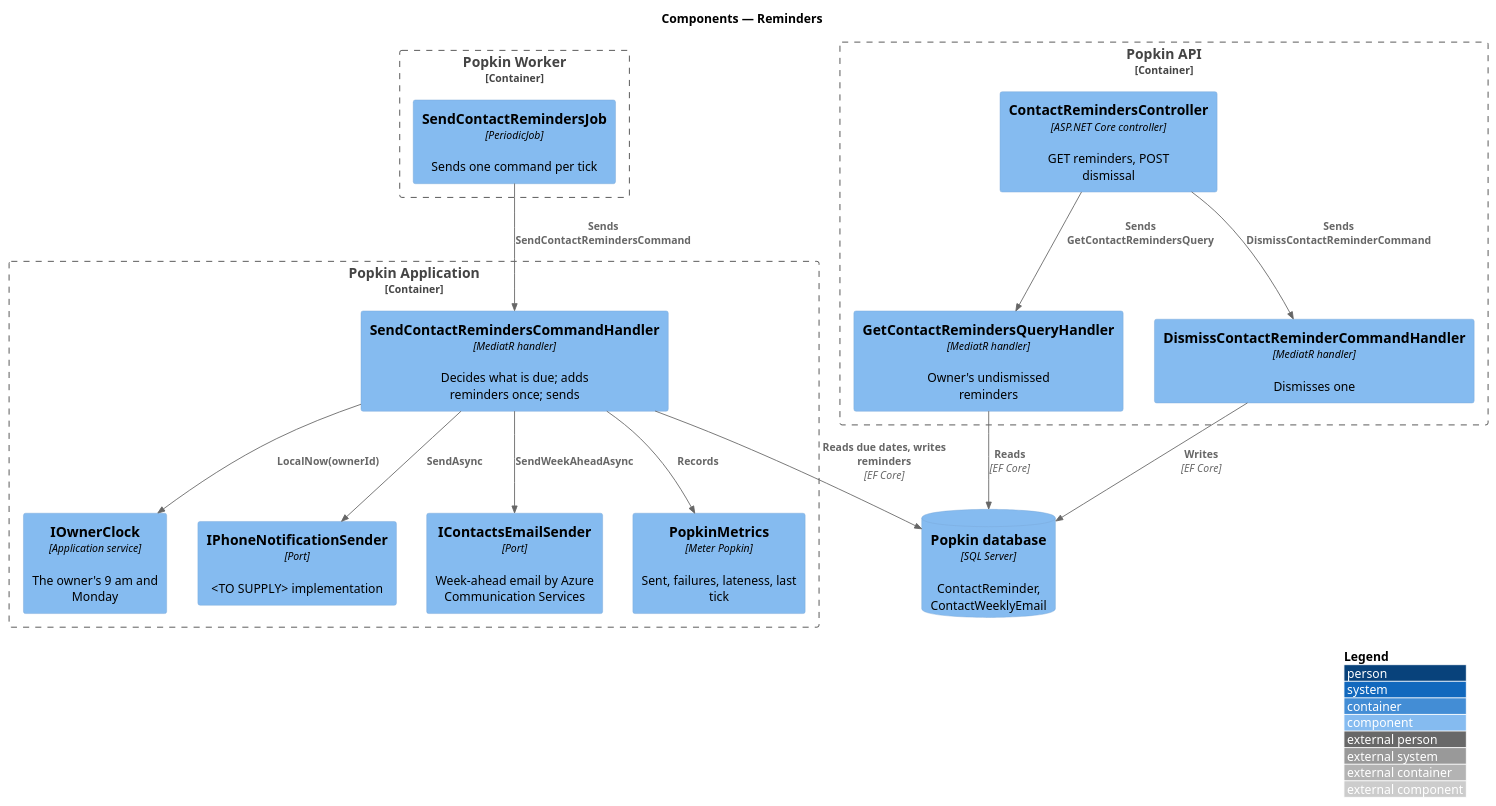
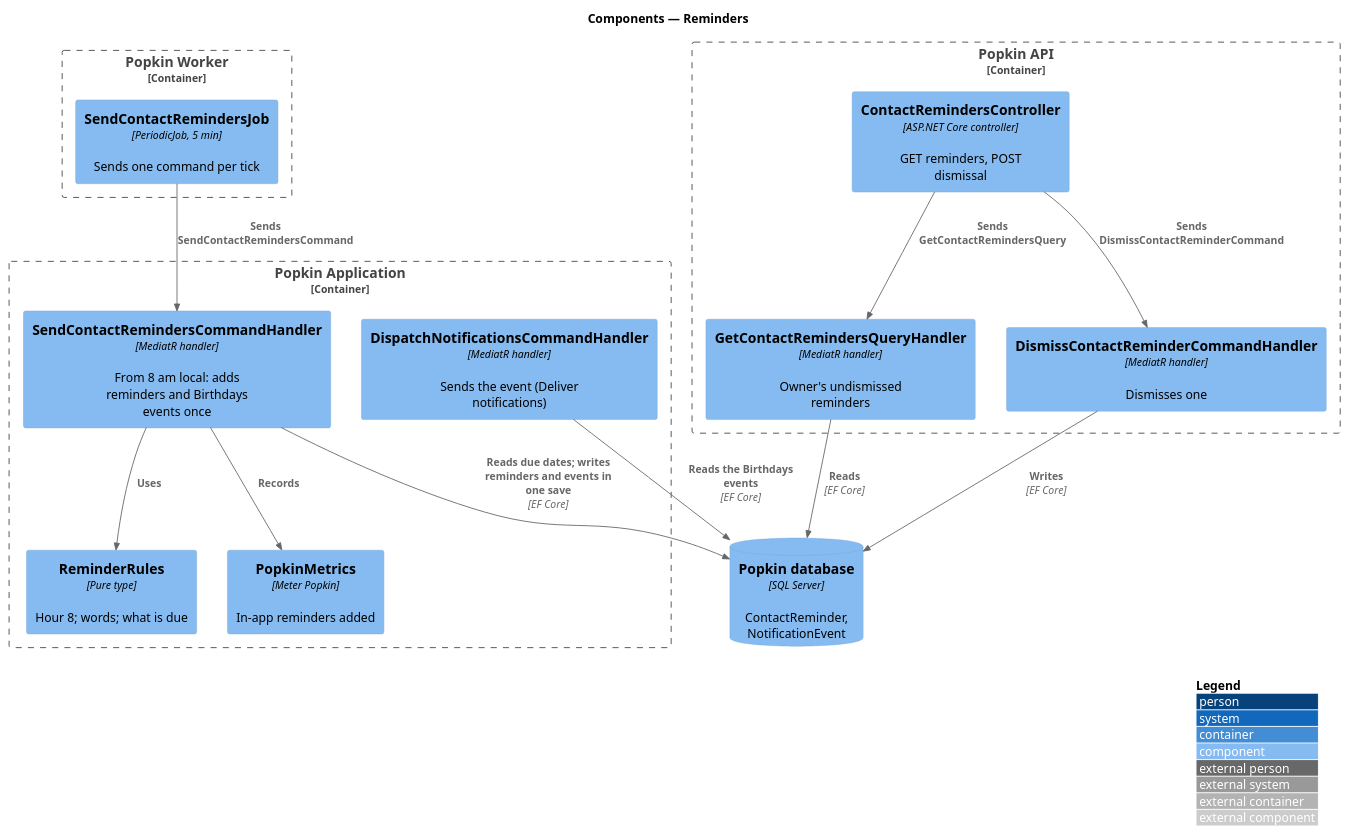
One commit to QuinntyneBrown/popkin changed the diagram in docs/detailed-designs/contacts/reminders/diagrams/c4-component.puml. Above: the diagram before and after it, drawn with PlantUML. The commit also changed 186 other files, not shown here.

```diff
--- a/docs/detailed-designs/contacts/reminders/diagrams/c4-component.puml
+++ b/docs/detailed-designs/contacts/reminders/diagrams/c4-component.puml
@@ -1,32 +1,30 @@
 @startuml
 !include <C4/C4_Component>
 LAYOUT_WITH_LEGEND()
 title Components — Reminders
 
 Container_Boundary(worker, "Popkin Worker") {
-  Component(job, "SendContactRemindersJob", "PeriodicJob", "Sends one command per tick")
+  Component(job, "SendContactRemindersJob", "PeriodicJob, 5 min", "Sends one command per tick")
 }
 Container_Boundary(app, "Popkin Application") {
-  Component(handler, "SendContactRemindersCommandHandler", "MediatR handler", "Decides what is due; adds reminders once; sends")
-  Component(clock, "IOwnerClock", "Application service", "The owner's 9 am and Monday")
-  Component(pushSender, "IPhoneNotificationSender", "Port", "<TO SUPPLY> implementation")
-  Component(mail, "IContactsEmailSender", "Port", "Week-ahead email by Azure Communication Services")
-  Component(metrics, "PopkinMetrics", "Meter Popkin", "Sent, failures, lateness, last tick")
+  Component(handler, "SendContactRemindersCommandHandler", "MediatR handler", "From 8 am local: adds reminders and Birthdays events once")
+  Component(rules, "ReminderRules", "Pure type", "Hour 8; words; what is due")
+  Component(metrics, "PopkinMetrics", "Meter Popkin", "In-app reminders added")
+  Component(dispatch, "DispatchNotificationsCommandHandler", "MediatR handler", "Sends the event (Deliver notifications)")
 }
 Container_Boundary(api, "Popkin API") {
   Component(ctrl, "ContactRemindersController", "ASP.NET Core controller", "GET reminders, POST dismissal")
   Component(read, "GetContactRemindersQueryHandler", "MediatR handler", "Owner's undismissed reminders")
   Component(dismiss, "DismissContactReminderCommandHandler", "MediatR handler", "Dismisses one")
 }
-ComponentDb(db, "Popkin database", "SQL Server", "ContactReminder, ContactWeeklyEmail")
+ComponentDb(db, "Popkin database", "SQL Server", "ContactReminder, NotificationEvent")
 Rel(job, handler, "Sends SendContactRemindersCommand")
-Rel(handler, clock, "LocalNow(ownerId)")
-Rel(handler, db, "Reads due dates, writes reminders", "EF Core")
-Rel(handler, pushSender, "SendAsync")
-Rel(handler, mail, "SendWeekAheadAsync")
+Rel(handler, rules, "Uses")
+Rel(handler, db, "Reads due dates; writes reminders and events in one save", "EF Core")
 Rel(handler, metrics, "Records")
+Rel(dispatch, db, "Reads the Birthdays events", "EF Core")
 Rel(ctrl, read, "Sends GetContactRemindersQuery")
 Rel(ctrl, dismiss, "Sends DismissContactReminderCommand")
 Rel(read, db, "Reads", "EF Core")
 Rel(dismiss, db, "Writes", "EF Core")
 @enduml
```
